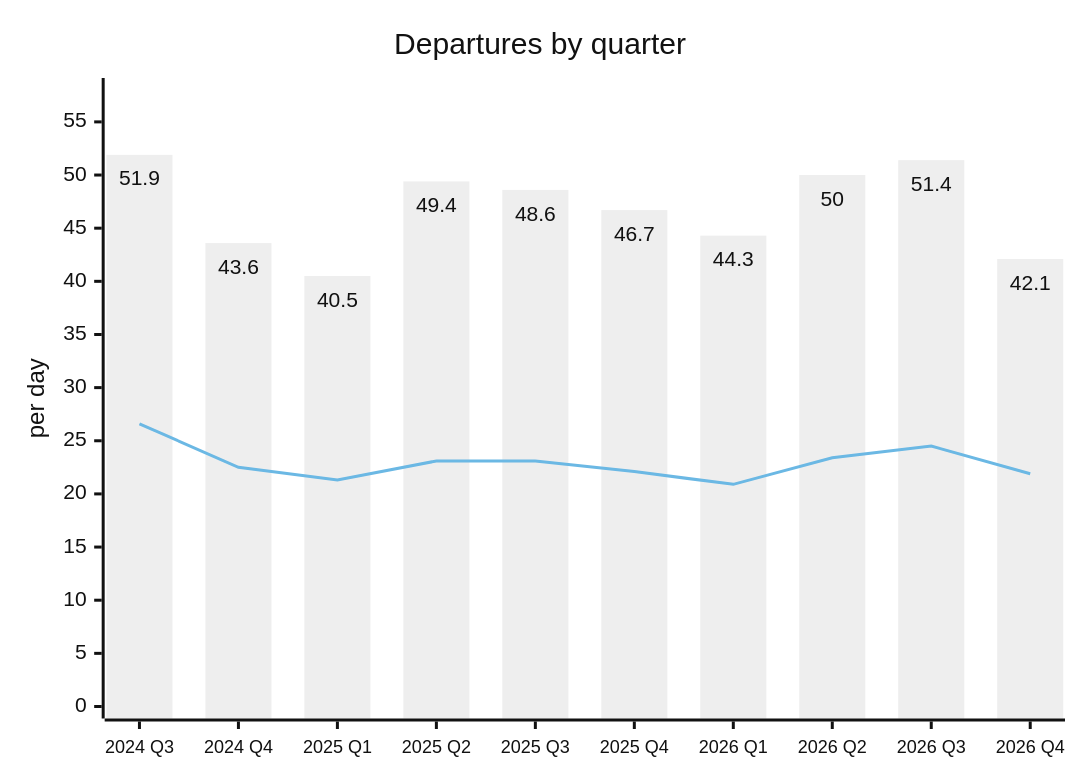
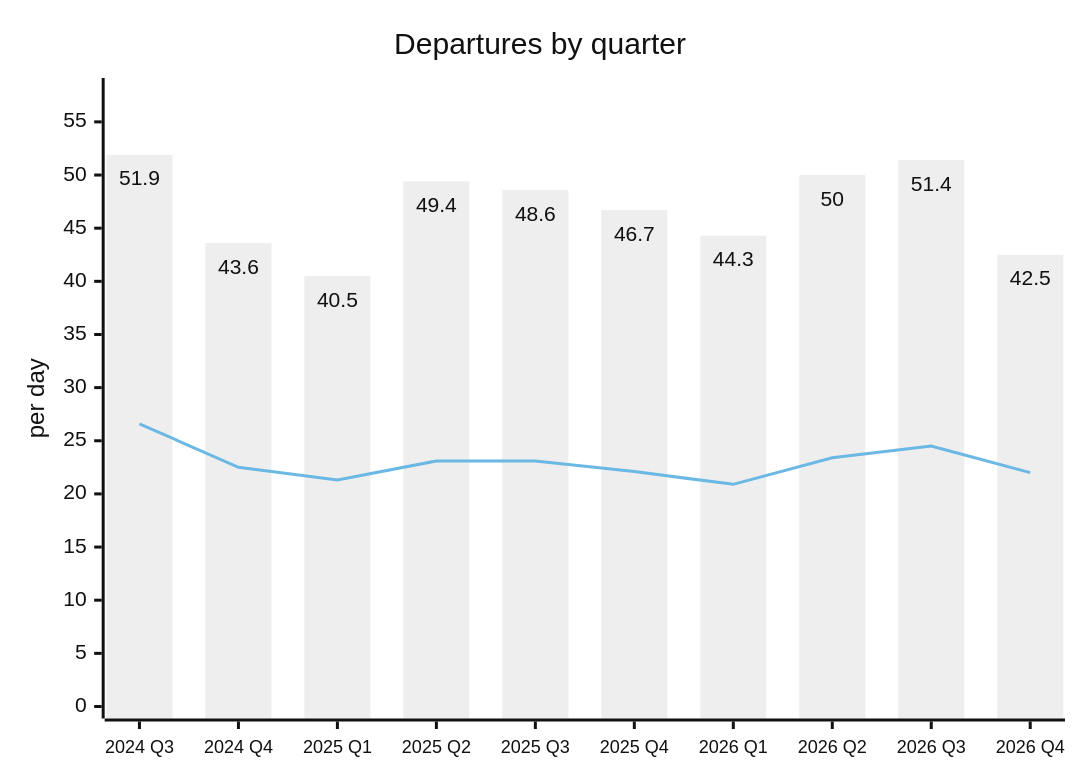
Before and after one commit to rainermesi/tll-airport-departures: the second of 2 diagrams in README.md, drawn with Mermaid (neutral theme). The commit also changed other lines of this file and 3 other files, not shown here.

````diff
--- a/README.md
+++ b/README.md
@@ -82,15 +82,15 @@
 ```mermaid
 ---
 config:
   xyChart:
     showDataLabel: true
     xAxis:
       labelFontSize: 12
 ---
 xychart-beta
     title "Departures by quarter"
     x-axis ["2024 Q3", "2024 Q4", "2025 Q1", "2025 Q2", "2025 Q3", "2025 Q4", "2026 Q1", "2026 Q2", "2026 Q3", "2026 Q4"]
     y-axis "per day" 0 --> 58
-    bar [51.9, 43.6, 40.5, 49.4, 48.6, 46.7, 44.3, 50.0, 51.4, 42.1]
-    line [26.6, 22.5, 21.3, 23.1, 23.1, 22.1, 20.9, 23.4, 24.5, 21.9]
+    bar [51.9, 43.6, 40.5, 49.4, 48.6, 46.7, 44.3, 50.0, 51.4, 42.5]
+    line [26.6, 22.5, 21.3, 23.1, 23.1, 22.1, 20.9, 23.4, 24.5, 22.0]
 ```
````
